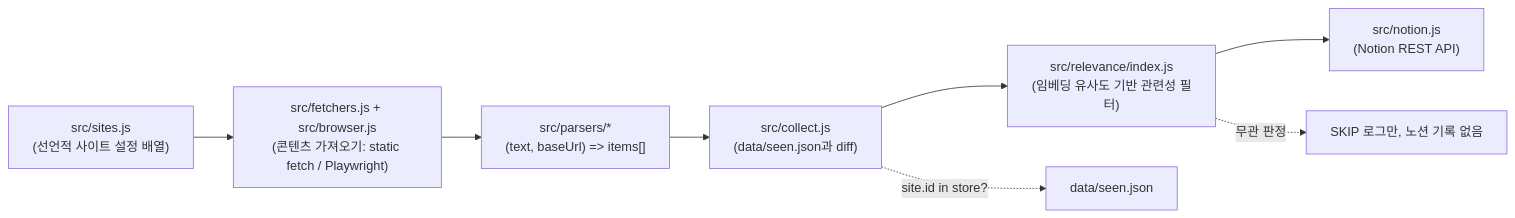
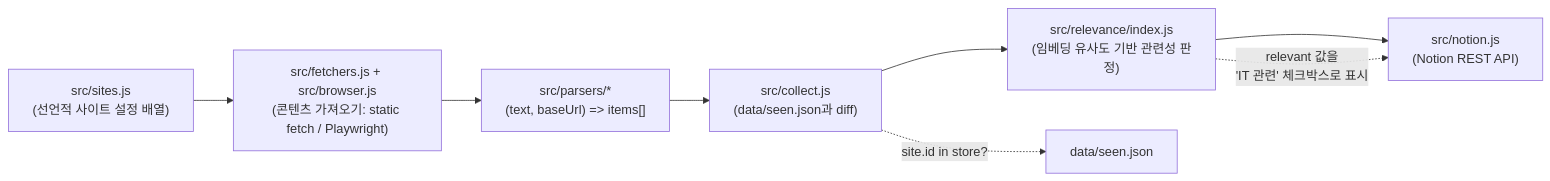
Before and after one commit to kangmin04/knu-notice-collector: the diagram in docs/architecture.md, drawn with Mermaid. The commit also changed other lines of this file and 9 other files, not shown here.

````diff
--- a/docs/architecture.md
+++ b/docs/architecture.md
@@ -5,13 +5,13 @@
 ```mermaid
 flowchart LR
     sites["src/sites.js\n(선언적 사이트 설정 배열)"]
     fetchers["src/fetchers.js + src/browser.js\n(콘텐츠 가져오기: static fetch / Playwright)"]
     parsers["src/parsers/*\n(text, baseUrl) => items[]"]
     diff["src/collect.js\n(data/seen.json과 diff)"]
-    relevance["src/relevance/index.js\n(임베딩 유사도 기반 관련성 필터)"]
+    relevance["src/relevance/index.js\n(임베딩 유사도 기반 관련성 판정)"]
     notion["src/notion.js\n(Notion REST API)"]
 
     sites --> fetchers --> parsers --> diff --> relevance --> notion
     diff -. "site.id in store?" .-> store["data/seen.json"]
-    relevance -. "무관 판정" .-> skip["SKIP 로그만, 노션 기록 없음"]
+    relevance -. "relevant 값을\n'IT 관련' 체크박스로 표시" .-> notion
 ```
````
